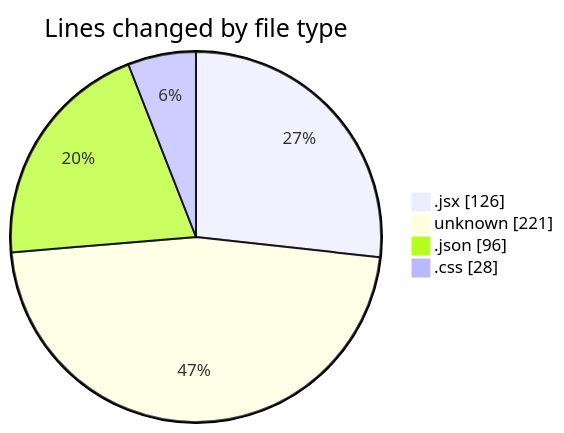
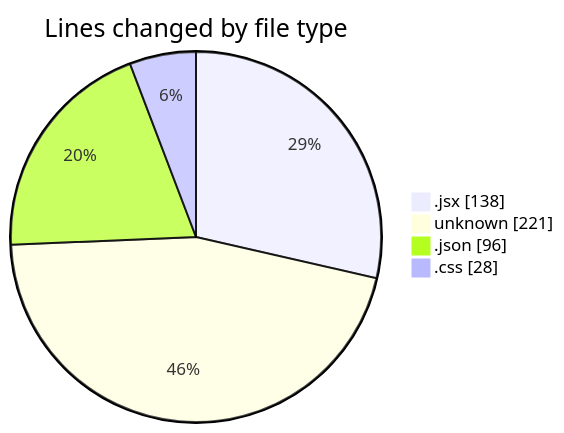
The first of 2 diagrams in 2025-02-05/react_ecom/README.md (Elitesun/code-tracking), drawn with Mermaid before and after one commit. The commit also changed other lines of this file and 1 other file, not shown here.

````diff
--- a/2025-02-05/react_ecom/README.md
+++ b/2025-02-05/react_ecom/README.md
@@ -28,8 +29,8 @@
 ```mermaid
 pie showData
 title Lines changed by file type
-".jsx" : 126
+".jsx" : 138
 "unknown" : 221
 ".json" : 96
 ".css" : 28
 ```
````
